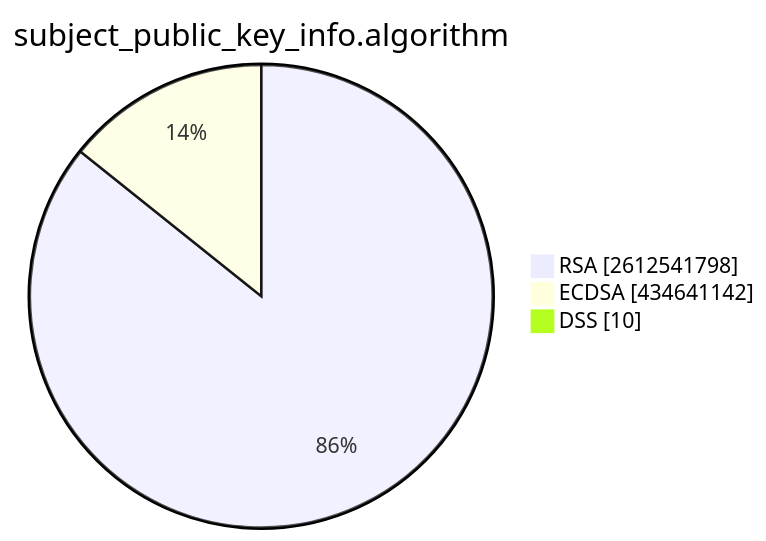
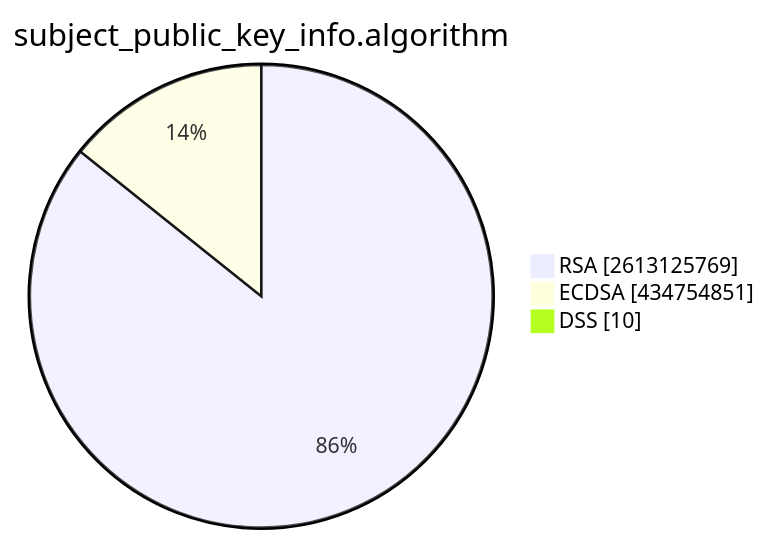
The second of 15 diagrams in TOTAL/README.md (christiankrug/ctmonitor_visualization), drawn with Mermaid before and after one commit. The commit also changed other lines of this file, not shown here.

````diff
--- a/TOTAL/README.md
+++ b/TOTAL/README.md
@@ -6,7 +6,7 @@
 ```mermaid
 pie showData
 title subject_public_key_info.algorithm
-"RSA" :2612541798
-"ECDSA" :434641142
+"RSA" :2613125769
+"ECDSA" :434754851
 "DSS" :10
 ```
````
